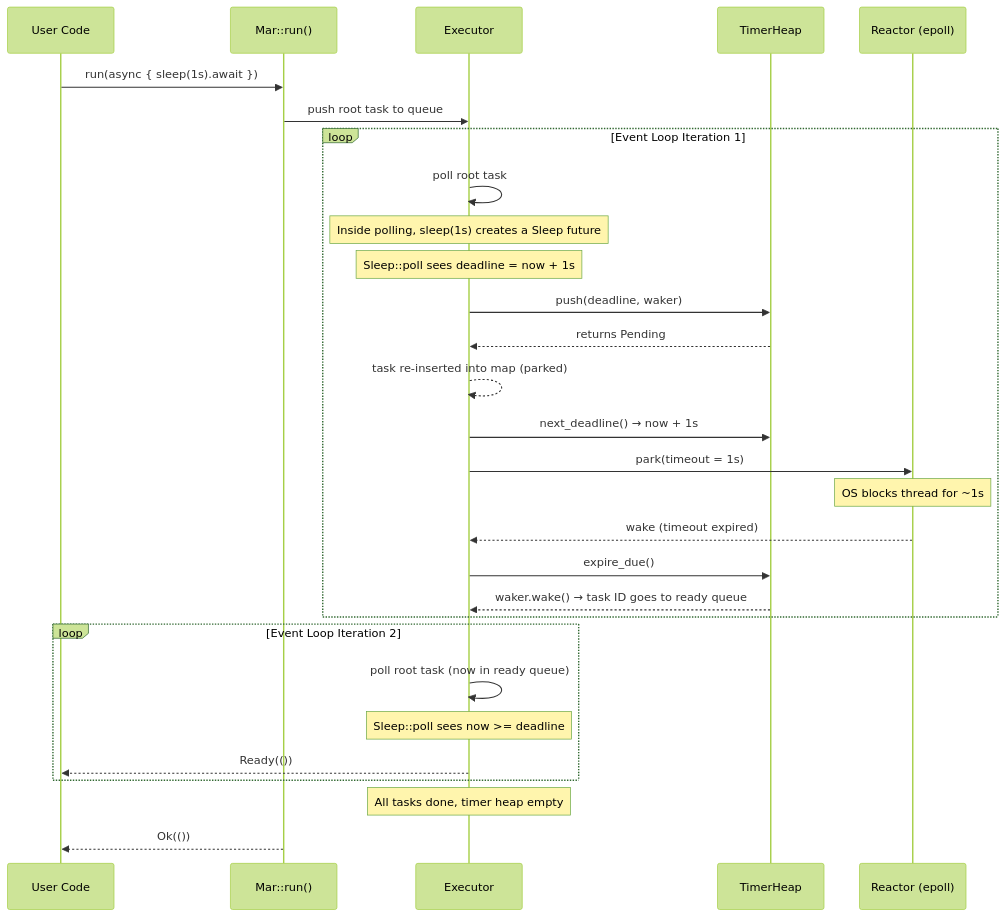
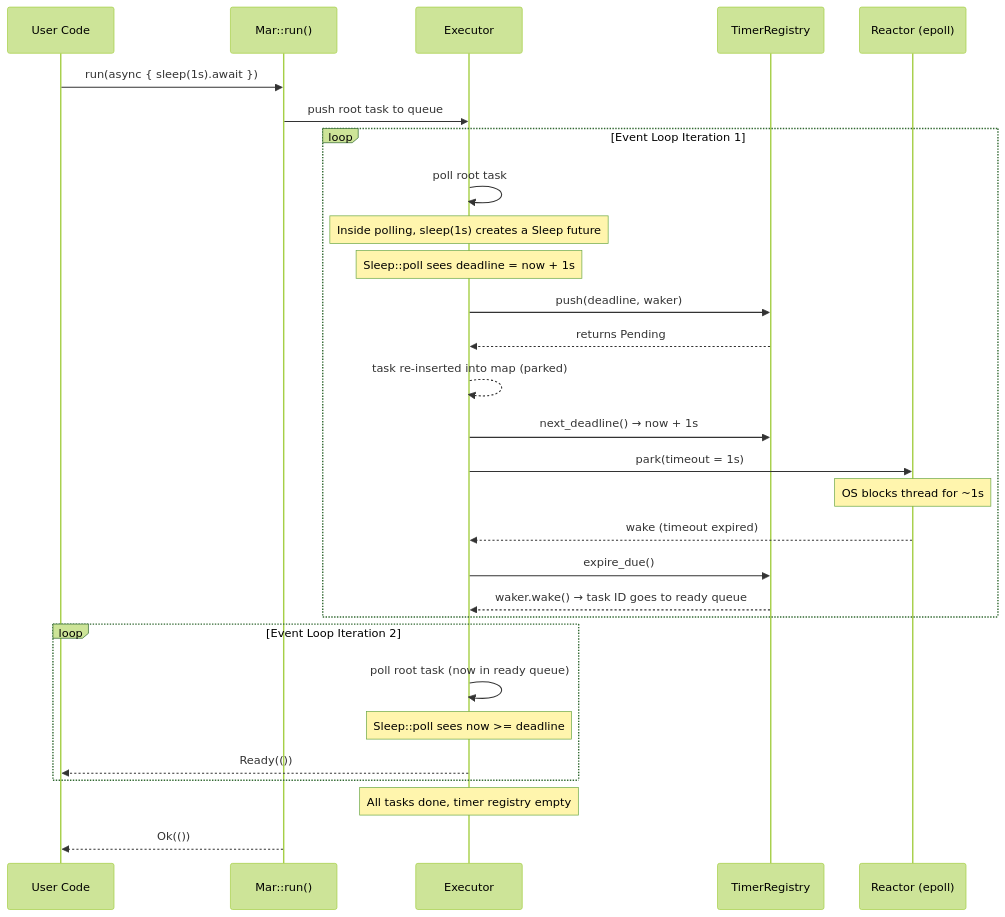
The ninth of 10 diagrams in README.md (paulpeters144/mini-async-runtime), drawn with Mermaid (forest theme) before and after one commit. The commit also changed other lines of this file and 15 other files, not shown here.

First line of the commit message:
refactor: split time module and rename TimerHeap to TimerRegistry

````diff
--- a/README.md
+++ b/README.md
@@ -501,38 +501,38 @@
 ```mermaid
 sequenceDiagram
     participant User as User Code
     participant Mar as Mar::run()
     participant Exec as Executor
-    participant Timer as TimerHeap
+    participant Timer as TimerRegistry
     participant Reactor as Reactor (epoll)
 
     User->>Mar: run(async { sleep(1s).await })
     Mar->>Exec: push root task to queue
 
     loop Event Loop Iteration 1
         Exec->>Exec: poll root task
         Note over Exec: Inside polling, sleep(1s) creates a Sleep future
         Note over Exec: Sleep::poll sees deadline = now + 1s
         Exec->>Timer: push(deadline, waker)
         Timer-->>Exec: returns Pending
         Exec-->>Exec: task re-inserted into map (parked)
 
         Exec->>Timer: next_deadline() → now + 1s
         Exec->>Reactor: park(timeout = 1s)
 
         Note over Reactor: OS blocks thread for ~1s
 
         Reactor-->>Exec: wake (timeout expired)
         Exec->>Timer: expire_due()
         Timer-->>Exec: waker.wake() → task ID goes to ready queue
     end
 
     loop Event Loop Iteration 2
         Exec->>Exec: poll root task (now in ready queue)
         Note over Exec: Sleep::poll sees now >= deadline
         Exec-->>User: Ready(())
     end
 
-    Note over Exec: All tasks done, timer heap empty
+    Note over Exec: All tasks done, timer registry empty
     Mar-->>User: Ok(())
 ```
````
